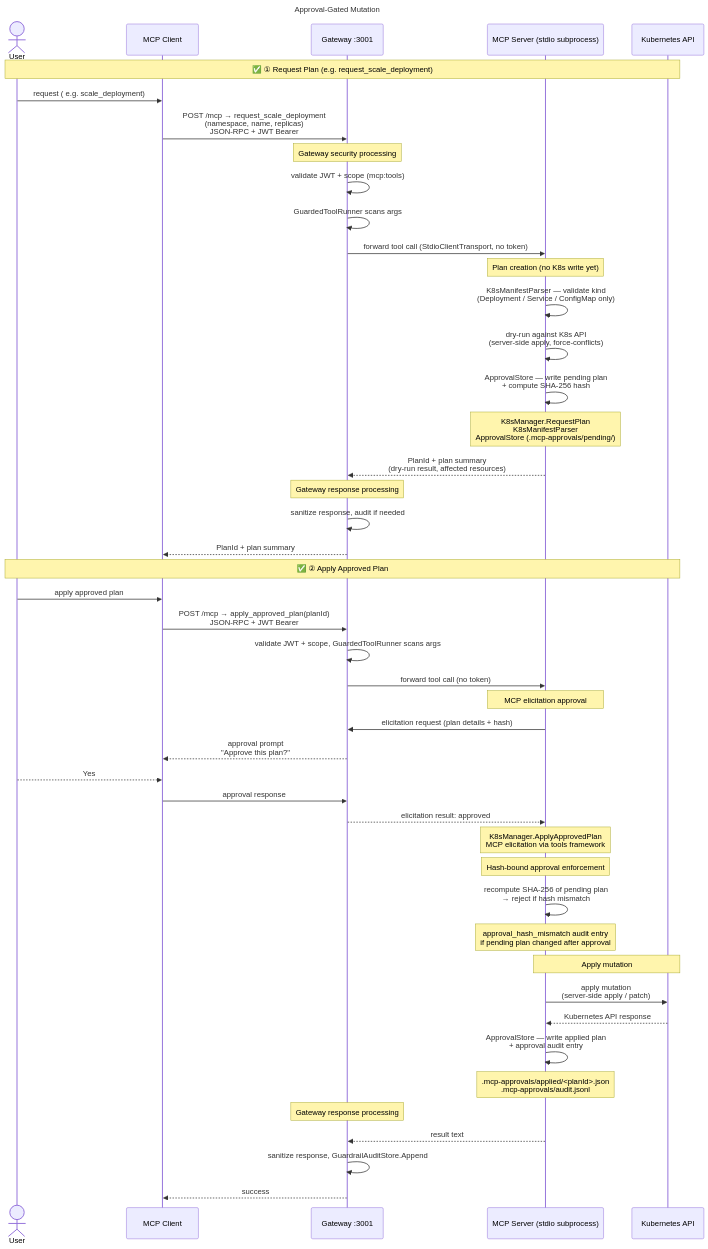
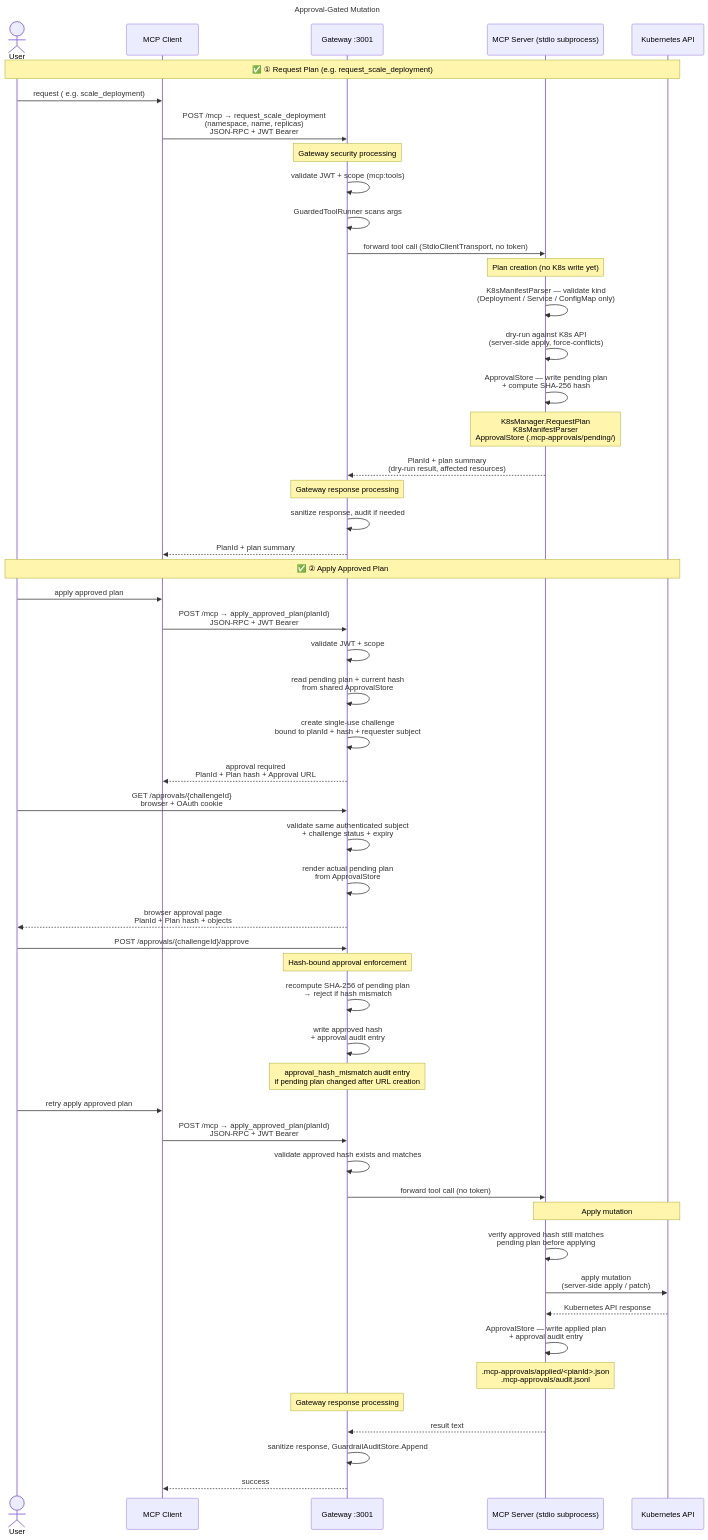
Before and after one commit to mirusser/Kubernetes-MCP-Guard: the third of 3 diagrams in docs/full-architecture-diagram.md, drawn with Mermaid. The commit also changed 91 other files, not shown here.

````diff
--- a/docs/full-architecture-diagram.md
+++ b/docs/full-architecture-diagram.md
@@ -103,62 +103,69 @@
 ```mermaid
 ---
 title: Approval-Gated Mutation
 ---
 sequenceDiagram
     actor User
     participant Client as MCP Client
     participant GW as Gateway :3001
     participant Svr as MCP Server (stdio subprocess)
     participant K8s as Kubernetes API
 
     Note over User,K8s: ✅ ① Request Plan (e.g. request_scale_deployment)
 
     User->>Client: request ( e.g. scale_deployment)
     Client->>GW: POST /mcp → request_scale_deployment<br/>(namespace, name, replicas)<br/>JSON-RPC + JWT Bearer
 
     Note over GW: Gateway security processing
     GW->>GW: validate JWT + scope (mcp:tools)
     GW->>GW: GuardedToolRunner scans args
     GW->>Svr: forward tool call (StdioClientTransport, no token)
 
     Note over Svr: Plan creation (no K8s write yet)
     Svr->>Svr: K8sManifestParser — validate kind<br/>(Deployment / Service / ConfigMap only)
     Svr->>Svr: dry-run against K8s API<br/>(server-side apply, force-conflicts)
     Svr->>Svr: ApprovalStore — write pending plan<br/>+ compute SHA-256 hash
     Note over Svr: K8sManager.RequestPlan<br/>K8sManifestParser<br/>ApprovalStore (.mcp-approvals/pending/)
     Svr-->>GW: PlanId + plan summary<br/>(dry-run result, affected resources)
 
     Note over GW: Gateway response processing
     GW->>GW: sanitize response, audit if needed
     GW-->>Client: PlanId + plan summary
 
     Note over User,K8s: ✅ ② Apply Approved Plan
 
     User->>Client: apply approved plan
     Client->>GW: POST /mcp → apply_approved_plan(planId)<br/>JSON-RPC + JWT Bearer
-    GW->>GW: validate JWT + scope, GuardedToolRunner scans args
+    GW->>GW: validate JWT + scope
+    GW->>GW: read pending plan + current hash<br/>from shared ApprovalStore
+    GW->>GW: create single-use challenge<br/>bound to planId + hash + requester subject
+    GW-->>Client: approval required<br/>PlanId + Plan hash + Approval URL
+
+    User->>GW: GET /approvals/{challengeId}<br/>browser + OAuth cookie
+    GW->>GW: validate same authenticated subject<br/>+ challenge status + expiry
+    GW->>GW: render actual pending plan<br/>from ApprovalStore
+    GW-->>User: browser approval page<br/>PlanId + Plan hash + objects
+    User->>GW: POST /approvals/{challengeId}/approve
+
+    Note over GW: Hash-bound approval enforcement
+    GW->>GW: recompute SHA-256 of pending plan<br/>→ reject if hash mismatch
+    GW->>GW: write approved hash<br/>+ approval audit entry
+    Note over GW: approval_hash_mismatch audit entry<br/>if pending plan changed after URL creation
+
+    User->>Client: retry apply approved plan
+    Client->>GW: POST /mcp → apply_approved_plan(planId)<br/>JSON-RPC + JWT Bearer
+    GW->>GW: validate approved hash exists and matches
     GW->>Svr: forward tool call (no token)
 
-    Note over Svr: MCP elicitation approval
-    Svr->>GW: elicitation request (plan details + hash)
-    GW-->>Client: approval prompt<br/>"Approve this plan?"
-    User-->>Client: Yes
-    Client->>GW: approval response
-    GW-->>Svr: elicitation result: approved
-    Note over Svr: K8sManager.ApplyApprovedPlan<br/>MCP elicitation via tools framework
-
-    Note over Svr: Hash-bound approval enforcement
-    Svr->>Svr: recompute SHA-256 of pending plan<br/>→ reject if hash mismatch
-    Note over Svr: approval_hash_mismatch audit entry<br/>if pending plan changed after approval
-
     Note over Svr,K8s: Apply mutation
+    Svr->>Svr: verify approved hash still matches<br/>pending plan before applying
     Svr->>K8s: apply mutation<br/>(server-side apply / patch)
     K8s-->>Svr: Kubernetes API response
     Svr->>Svr: ApprovalStore — write applied plan<br/>+ approval audit entry
     Note over Svr: .mcp-approvals/applied/<planId>.json<br/>.mcp-approvals/audit.jsonl
 
     Note over GW: Gateway response processing
     Svr-->>GW: result text
     GW->>GW: sanitize response, GuardrailAuditStore.Append
     GW-->>Client: success
 ```
````
